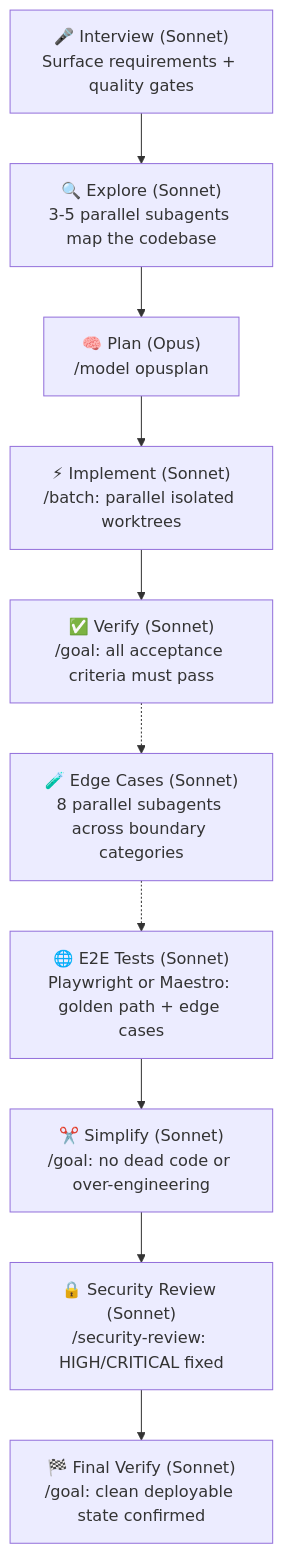
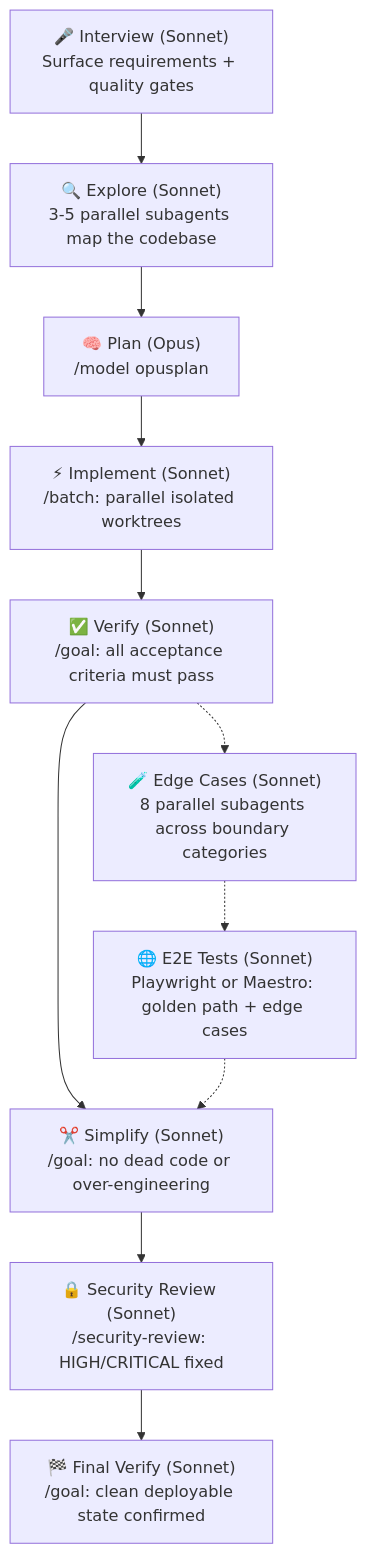
The diagram in README.md (amajorai/ship.md), drawn with Mermaid before and after one commit.

Commit message:
Mark edge cases and e2e as optional in mermaid diagram with bypass path

````diff
--- a/README.md
+++ b/README.md
@@ -5,12 +5,13 @@
 ```mermaid
 flowchart TD
     A["🎤 Interview (Sonnet)\nSurface requirements + quality gates"] --> B["🔍 Explore (Sonnet)\n3-5 parallel subagents map the codebase"]
     B --> C["🧠 Plan (Opus)\n/model opusplan"]
     C --> D["⚡ Implement (Sonnet)\n/batch: parallel isolated worktrees"]
     D --> E["✅ Verify (Sonnet)\n/goal: all acceptance criteria must pass"]
+    E --> H["✂️ Simplify (Sonnet)\n/goal: no dead code or over-engineering"]
     E -.-> F["🧪 Edge Cases (Sonnet)\n8 parallel subagents across boundary categories"]
     F -.-> G["🌐 E2E Tests (Sonnet)\nPlaywright or Maestro: golden path + edge cases"]
-    G --> H["✂️ Simplify (Sonnet)\n/goal: no dead code or over-engineering"]
+    G -.-> H
     H --> I["🔒 Security Review (Sonnet)\n/security-review: HIGH/CRITICAL fixed"]
     I --> J["🏁 Final Verify (Sonnet)\n/goal: clean deployable state confirmed"]
 ```
````
